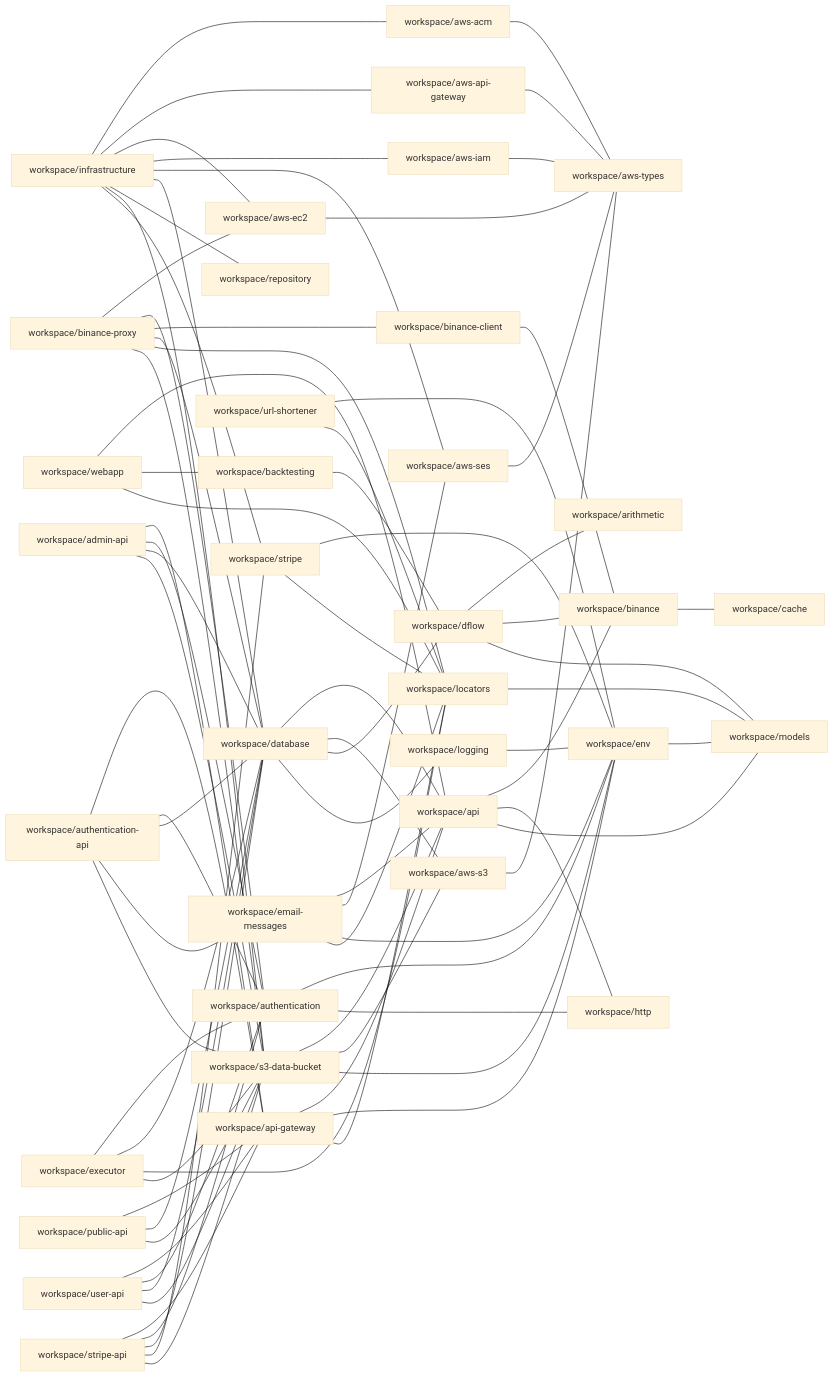
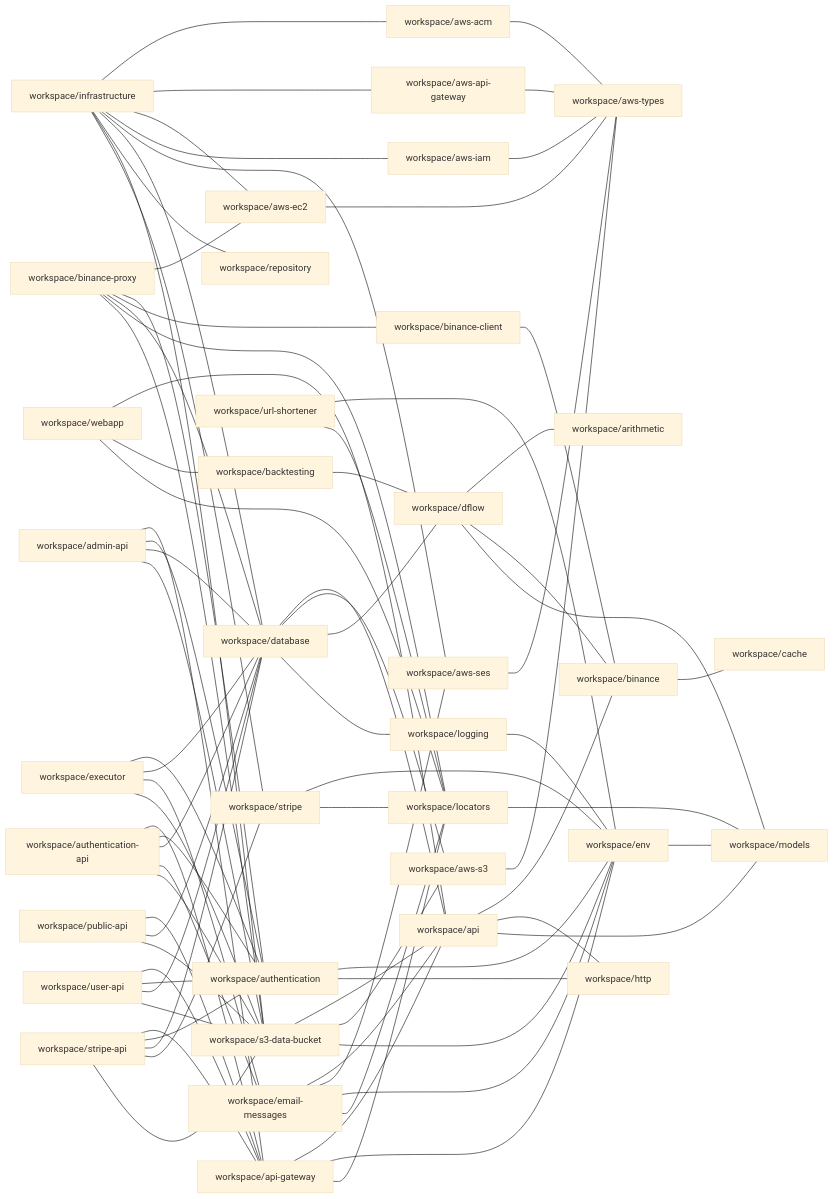
The diagram in repository/docs/npm-dependencies.md (ggbot-org/ggbot), drawn with Mermaid (base theme) before and after one commit. The commit also changed 10 other files, not shown here.

```diff
--- a/repository/docs/npm-dependencies.md
+++ b/repository/docs/npm-dependencies.md
@@ -50,7 +50,7 @@
     workspace/env --- workspace/models
     workspace/executor --- workspace/authentication
     workspace/executor --- workspace/database
-    workspace/executor --- workspace/locators
+    workspace/executor --- workspace/email-messages
     workspace/executor --- workspace/s3-data-bucket
     workspace/infrastructure --- workspace/aws-acm
     workspace/infrastructure --- workspace/aws-api-gateway
```
